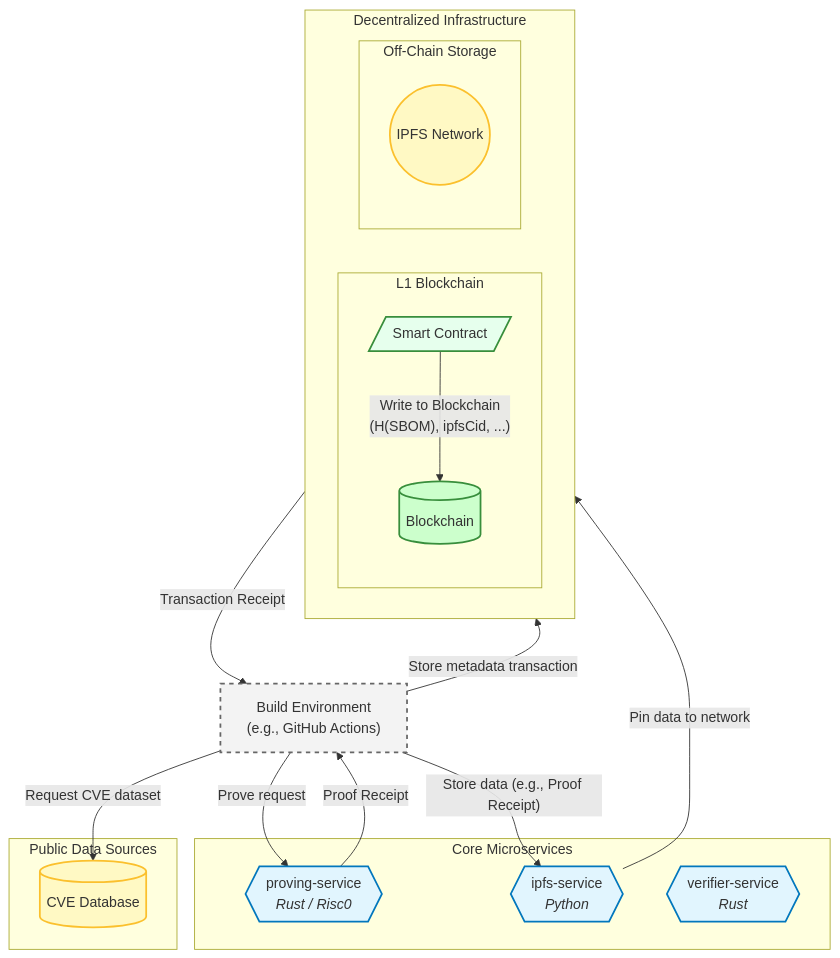
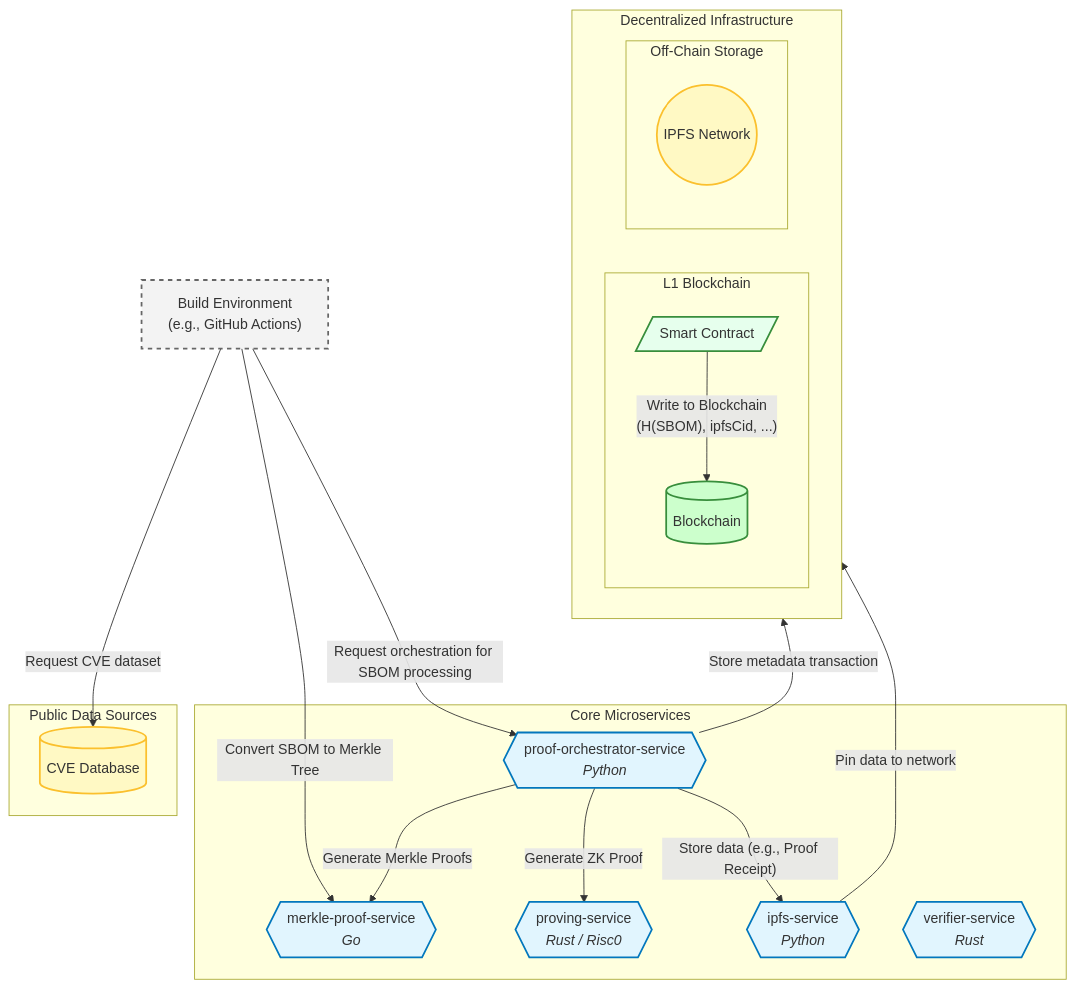
Before and after one commit to tuberlin-blockchain-prototyping/sharing-sbom-system: the diagram in docs/architecture/System Architecture.mmd, drawn with Mermaid. The commit also changed 2 other files, not shown here.

Commit message:
update diagrams for new architecture

```diff
--- a/docs/architecture/System Architecture.mmd
+++ b/docs/architecture/System Architecture.mmd
@@ -1,39 +1,55 @@
 flowchart TB
     classDef microservice shape:hexagon,fill:#e1f5fe,stroke:#0277bd,stroke-width:2px;
     classDef storage shape:cylinder,fill:#fff9c4,stroke:#fbc02d,stroke-width:2px;
     classDef blockchain shape:cylinder,fill:#cfc,stroke:#388e3c,stroke-width:2px;
     classDef external fill:#f3f3f3,stroke:#666,stroke-width:2px,stroke-dasharray: 5 5;
     classDef contract shape:parallelogram,fill:#e6ffed,stroke:#388e3c,stroke-width:2px;
+
+    
     TBE["Build Environment<br/>(e.g., GitHub Actions)"]:::external
+
     subgraph Core_Services [Core Microservices]
+        Orchestrator{{proof-orchestrator-service<br/><i>Python</i>}}:::microservice
+        MerkleSvc{{merkle-proof-service<br/><i>Go</i>}}:::microservice
         Prover{{proving-service<br/><i>Rust / Risc0</i>}}:::microservice
         IPFS_Svc{{ipfs-service<br/><i>Python</i>}}:::microservice
         Verifier{{verifier-service<br/><i>Rust</i>}}:::microservice
     end
+
     subgraph Decentralized_Infrastructure [Decentralized Infrastructure]
         direction LR
         
         subgraph L1_Blockchain [L1 Blockchain]
             direction TB
             SmartContract[/Smart Contract/]:::contract
             Chain[("Blockchain")]:::blockchain
             SmartContract -- "Write to Blockchain<br/>(H(SBOM), ipfsCid, ...)" --> Chain
         end
         
         subgraph Off_Chain_Storage [Off-Chain Storage]
             direction TB
             IPFS_Net((IPFS Network)):::storage
         end
     end
     
     subgraph Public_Data [Public Data Sources]
         CVE[(CVE Database)]:::storage
     end
     TBE -- "Request CVE dataset" --> CVE
-    TBE -- "Prove request" --> Prover
-    TBE -- "Store metadata transaction" --> SmartContract
-    TBE -- "Store data (e.g., Proof Receipt)" --> IPFS_Svc
-    
-    Prover -- "Proof Receipt" --> TBE
-    Chain -- "Transaction Receipt" --> TBE
+    TBE -- "Request orchestration for SBOM processing" --> Orchestrator
+    TBE -- "Convert SBOM to Merkle Tree" --> MerkleSvc
+
+    Orchestrator -- "Store data (e.g., Proof Receipt)" --> IPFS_Svc
+    Orchestrator -- "Store metadata transaction" --> SmartContract
+    Orchestrator -- "Generate Merkle Proofs" --> MerkleSvc
+    Orchestrator -- "Generate ZK Proof" --> Prover
+%%    Orchestrator -- "Artefacts for attestation" --> TBE
+
+%%    MerkleSvc -- "Return Merkle Root" --> Orchestrator
+%%    MerkleSvc -- "SMT for storage" --> Orchestrator
+
+%%    Chain -- "Transaction Receipt" --> Orchestrator
+
     IPFS_Svc -- "Pin data to network" --> IPFS_Net
+
+    Decentralized_Infrastructure ~~~ Core_Services
```
